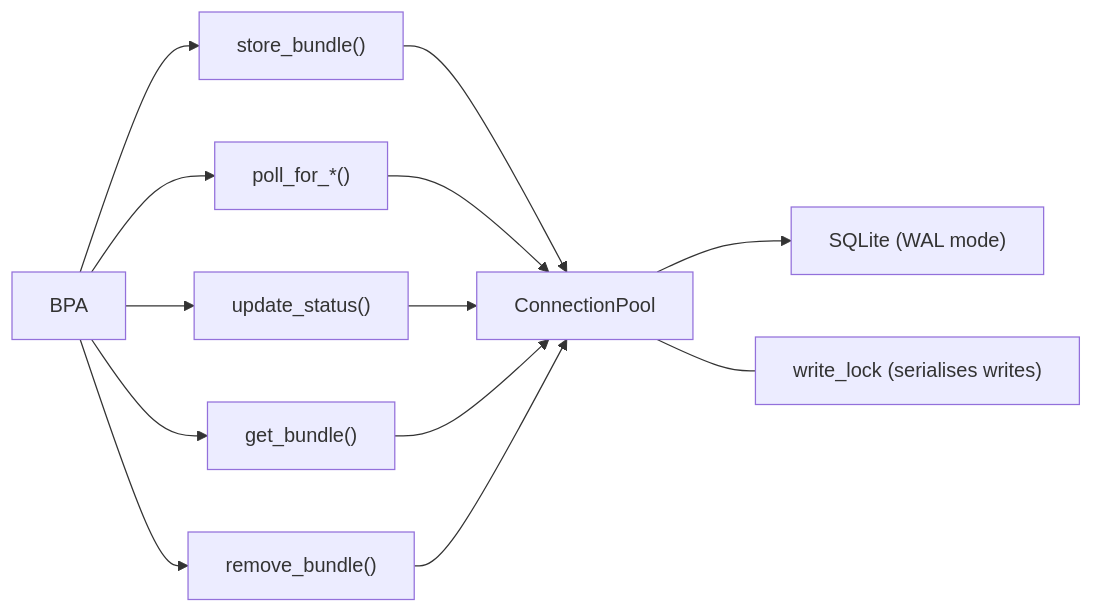
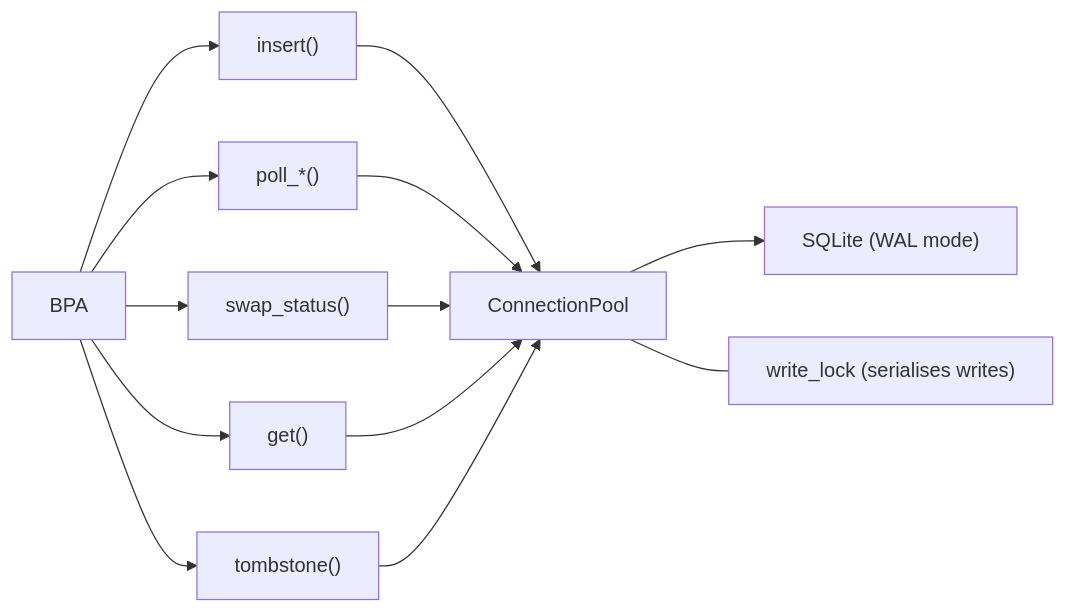
The diagram in sqlite-storage/docs/design.md (ricktaylor/hardy), drawn with Mermaid before and after one commit. The commit also changed other lines of this file and 8 other files, not shown here.

````diff
--- a/sqlite-storage/docs/design.md
+++ b/sqlite-storage/docs/design.md
@@ -19,12 +19,12 @@
 ```mermaid
 flowchart LR
-    BPA --> store["store_bundle()"]
-    BPA --> poll["poll_for_*()"]
-    BPA --> update["update_status()"]
-    BPA --> get["get_bundle()"]
-    BPA --> remove["remove_bundle()"]
+    BPA --> store["insert()"]
+    BPA --> poll["poll_*()"]
+    BPA --> update["swap_status()"]
+    BPA --> get["get()"]
+    BPA --> remove["tombstone()"]
 
     store & poll & update & get & remove --> pool["ConnectionPool"]
     pool --> sqlite["SQLite (WAL mode)"]
     pool --- lock["write_lock (serialises writes)"]
 ```
````
